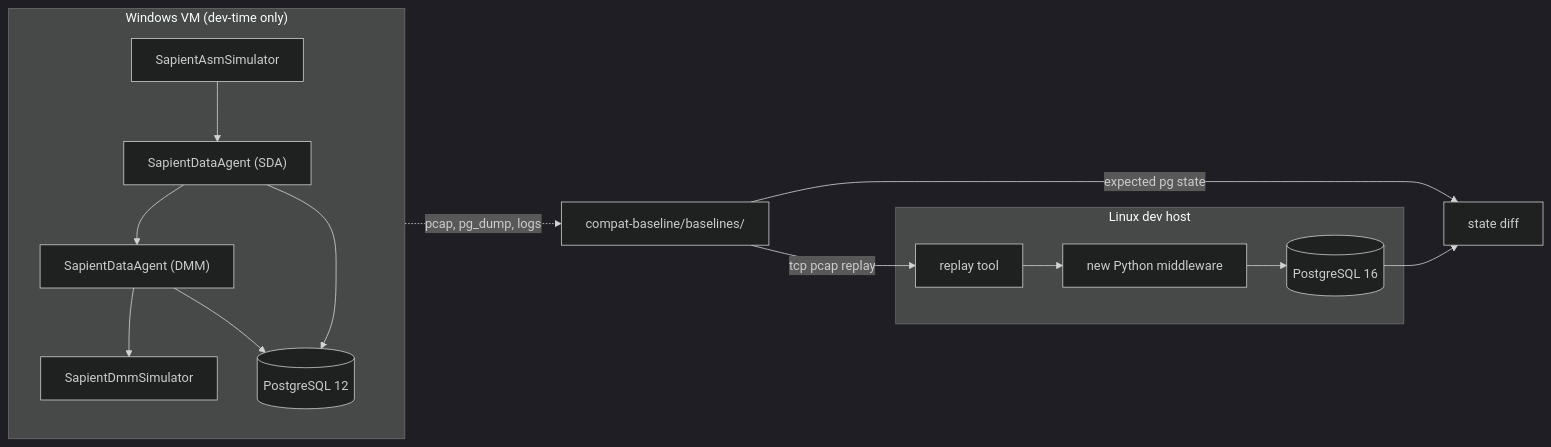
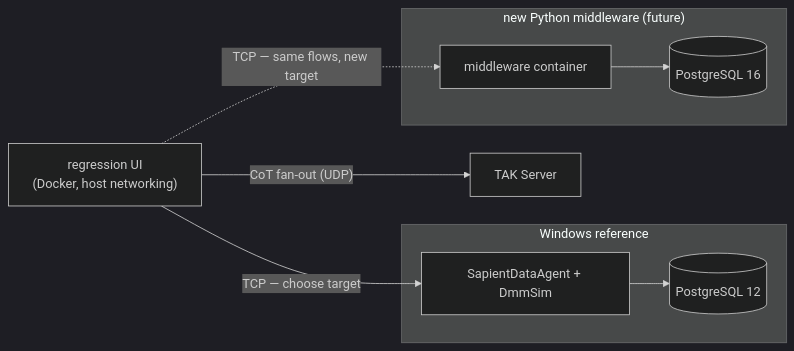
One commit to vinayakkankanwadi/multi-sensor-fusion changed the ninth of 9 diagrams in Architecture.md. Above: the diagram before and after it, drawn with Mermaid (dark theme). The commit also changed other lines of this file and 159 other files, not shown here.

````diff
--- a/Architecture.md
+++ b/Architecture.md
@@ -381,26 +385,18 @@
 ```mermaid
 flowchart LR
-    subgraph Win["Windows VM (dev-time only)"]
-        AsmSim["SapientAsmSimulator"]
-        SDA["SapientDataAgent (SDA)"]
-        DMM["SapientDataAgent (DMM)"]
-        DmmSim["SapientDmmSimulator"]
+    UI["regression UI<br/>(Docker, host networking)"]
+    subgraph Win["Windows reference"]
+        SDA["SapientDataAgent + DmmSim"]
         PG12[("PostgreSQL 12")]
-        AsmSim --> SDA --> DMM --> DmmSim
         SDA --> PG12
-        DMM --> PG12
     end
-
-    Win -.->|pcap, pg_dump, logs| Artifacts["compat-baseline/baselines/"]
-
-    subgraph Linux["Linux dev host"]
-        Replay["replay tool"]
-        NewMW["new Python middleware"]
+    subgraph Linux["new Python middleware (future)"]
+        NewMW["middleware container"]
         PG16[("PostgreSQL 16")]
-        Replay --> NewMW --> PG16
+        NewMW --> PG16
     end
-
-    Artifacts -->|tcp pcap replay| Replay
-    Artifacts -->|expected pg state| Diff["state diff"]
-    PG16 --> Diff
+    TAK["TAK Server"]
+    UI -- "TCP — choose target" --> SDA
+    UI -. "TCP — same flows, new target" .-> NewMW
+    UI -- "CoT fan-out (UDP)" --> TAK
 ```
````
